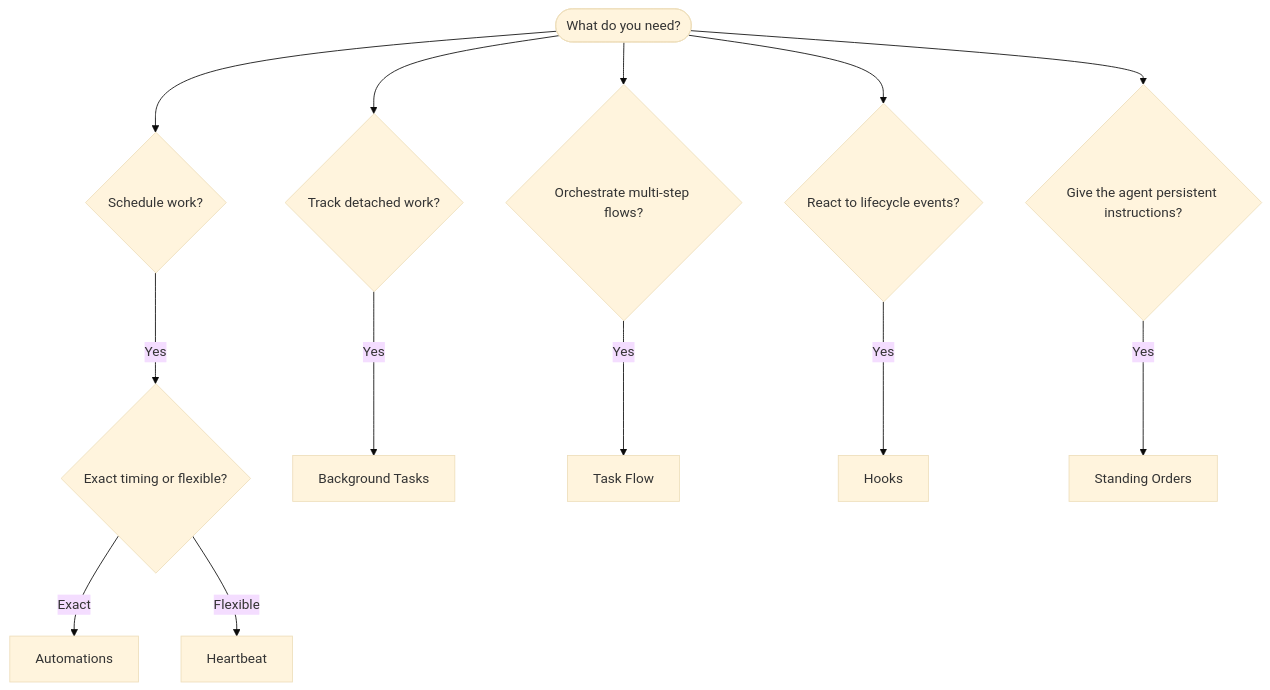
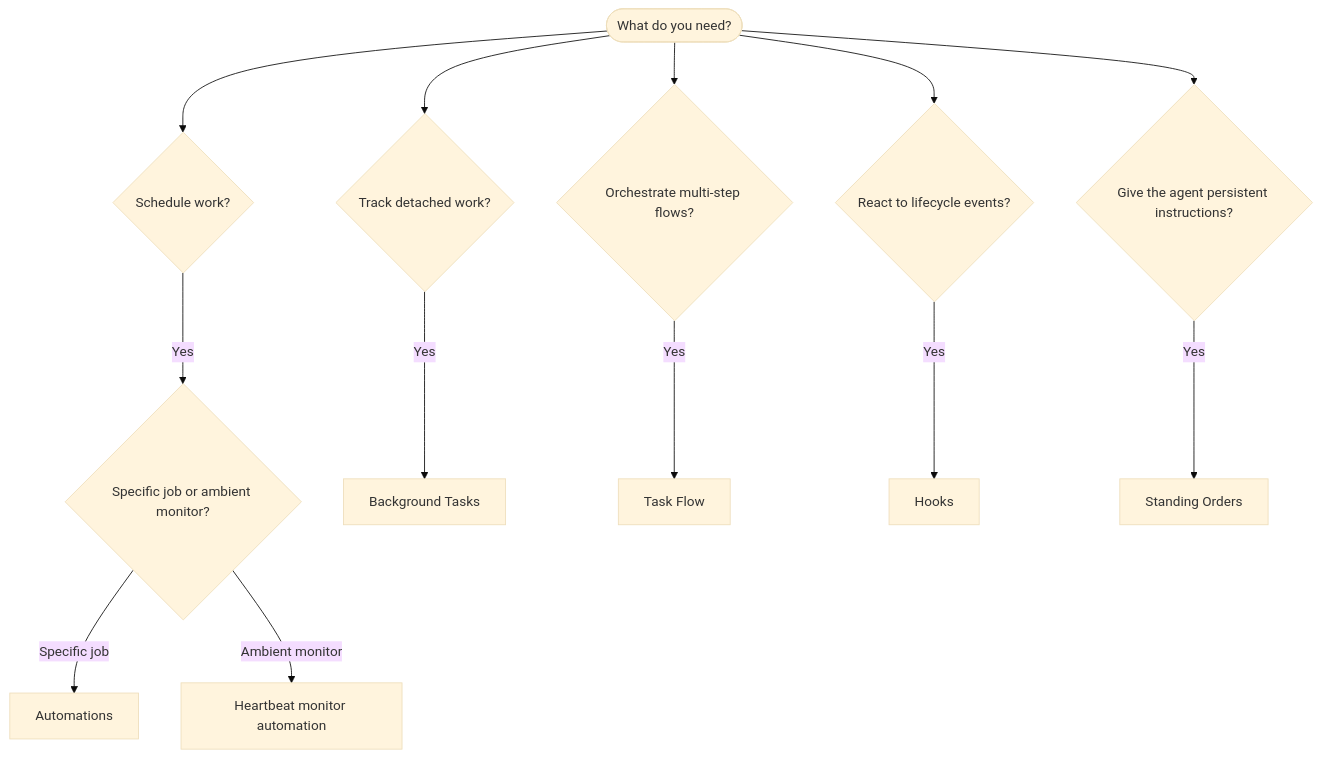
Before and after one commit to I24D/Lumina-Openclaw: the diagram in docs/automation/index.md, drawn with Mermaid (base theme). The commit also changed other lines of this file and 16247 other files, not shown here.

````diff
--- a/docs/automation/index.md
+++ b/docs/automation/index.md
@@ -16,17 +16,17 @@
 ```mermaid
 flowchart TD
     START([What do you need?]) --> Q1{Schedule work?}
     START --> Q2{Track detached work?}
     START --> Q3{Orchestrate multi-step flows?}
     START --> Q4{React to lifecycle events?}
     START --> Q5{Give the agent persistent instructions?}
 
-    Q1 -->|Yes| Q1a{Exact timing or flexible?}
-    Q1a -->|Exact| CRON["Automations"]
-    Q1a -->|Flexible| HEARTBEAT[Heartbeat]
+    Q1 -->|Yes| Q1a{Specific job or ambient monitor?}
+    Q1a -->|Specific job| CRON["Automations"]
+    Q1a -->|Ambient monitor| HEARTBEAT["Heartbeat monitor automation"]
 
     Q2 -->|Yes| TASKS[Background Tasks]
     Q3 -->|Yes| FLOW[Task Flow]
     Q4 -->|Yes| HOOKS[Hooks]
     Q5 -->|Yes| SO[Standing Orders]
 ```
````
